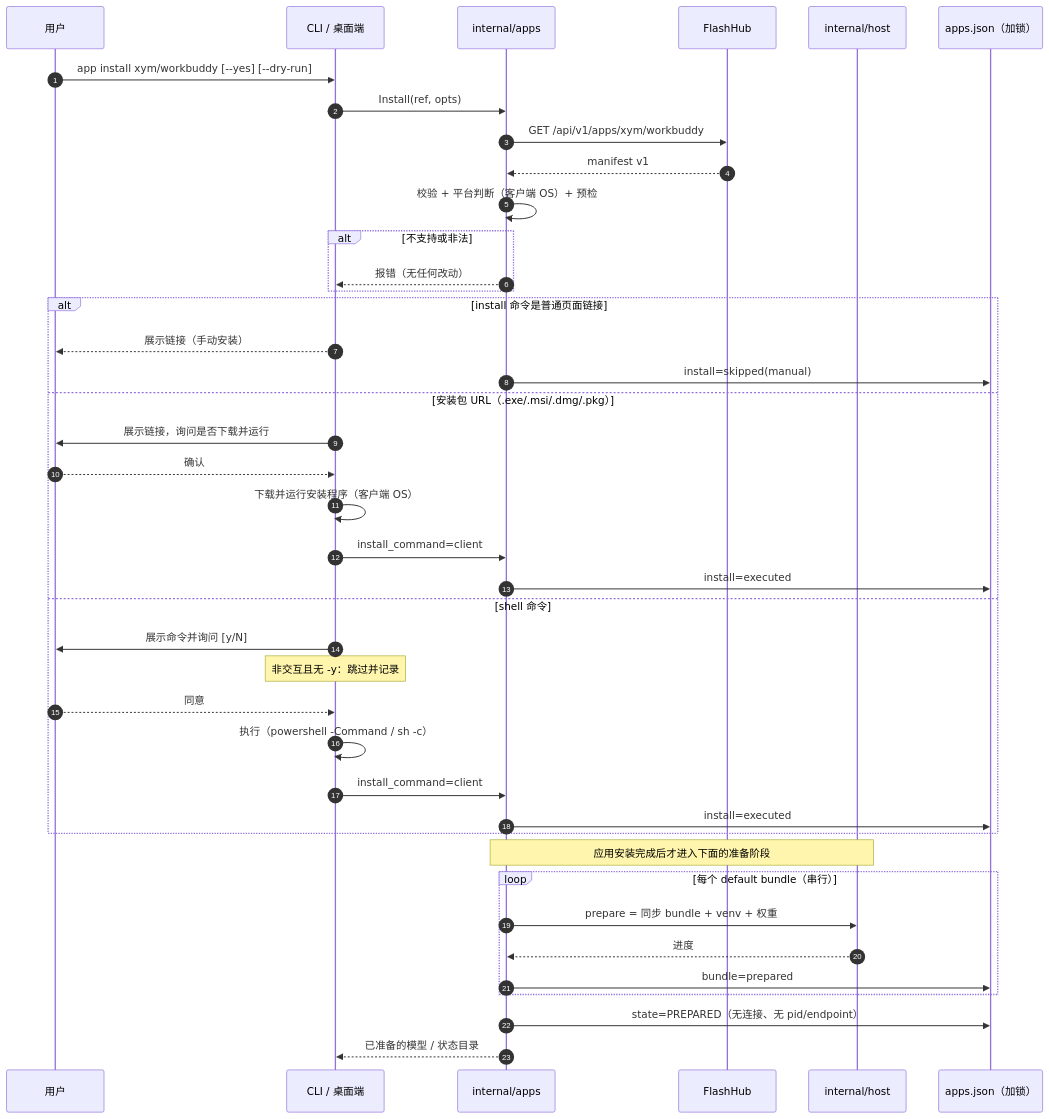
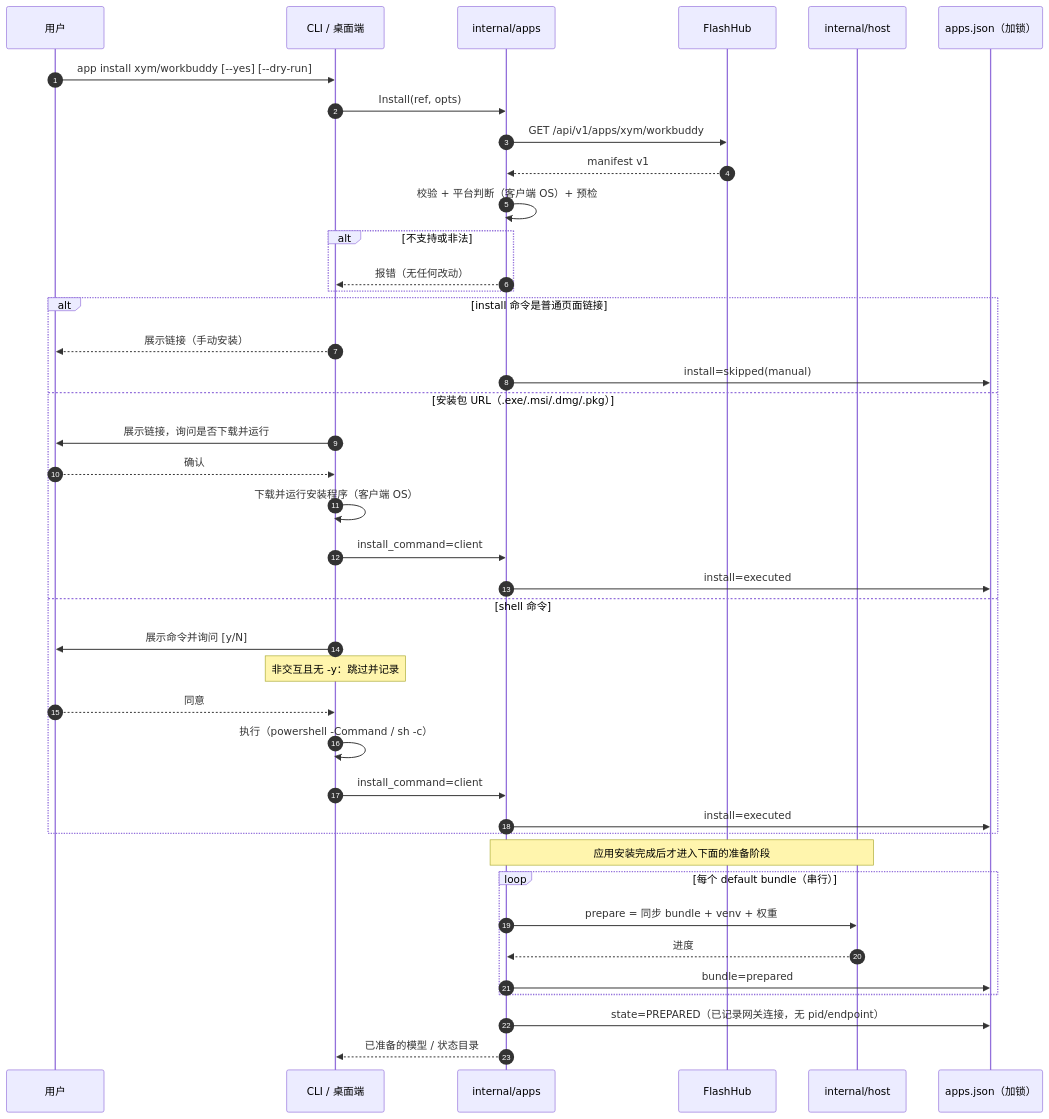
The first of 2 diagrams in docs/application_install_plan.zh-CN.md (aodianyun/flashcli), drawn with Mermaid before and after one commit. The commit also changed other lines of this file and 17 other files, not shown here.

````diff
--- a/docs/application_install_plan.zh-CN.md
+++ b/docs/application_install_plan.zh-CN.md
@@ -67,44 +67,44 @@
 ```mermaid
 sequenceDiagram
   autonumber
   participant U as 用户
   participant CLI as CLI / 桌面端
   participant A as internal/apps
   participant FH as FlashHub
   participant H as internal/host
   participant REG as apps.json（加锁）
 
   U->>CLI: app install xym/workbuddy [--yes] [--dry-run]
   CLI->>A: Install(ref, opts)
   A->>FH: GET /api/v1/apps/xym/workbuddy
   FH-->>A: manifest v1
   A->>A: 校验 + 平台判断（客户端 OS）+ 预检
   alt 不支持或非法
     A-->>CLI: 报错（无任何改动）
   end
   alt install 命令是普通页面链接
     CLI-->>U: 展示链接（手动安装）
     A->>REG: install=skipped(manual)
   else 安装包 URL（.exe/.msi/.dmg/.pkg）
     CLI->>U: 展示链接，询问是否下载并运行
     U-->>CLI: 确认
     CLI->>CLI: 下载并运行安装程序（客户端 OS）
     CLI->>A: install_command=client
     A->>REG: install=executed
   else shell 命令
     CLI->>U: 展示命令并询问 [y/N]
     Note over CLI: 非交互且无 -y：跳过并记录
     U-->>CLI: 同意
     CLI->>CLI: 执行（powershell -Command / sh -c）
     CLI->>A: install_command=client
     A->>REG: install=executed
   end
   Note over A,H: 应用安装完成后才进入下面的准备阶段
   loop 每个 default bundle（串行）
     A->>H: prepare = 同步 bundle + venv + 权重
     H-->>A: 进度
     A->>REG: bundle=prepared
   end
-  A->>REG: state=PREPARED（无连接、无 pid/endpoint）
+  A->>REG: state=PREPARED（已记录网关连接，无 pid/endpoint）
   A-->>CLI: 已准备的模型 / 状态目录
 ```
````
